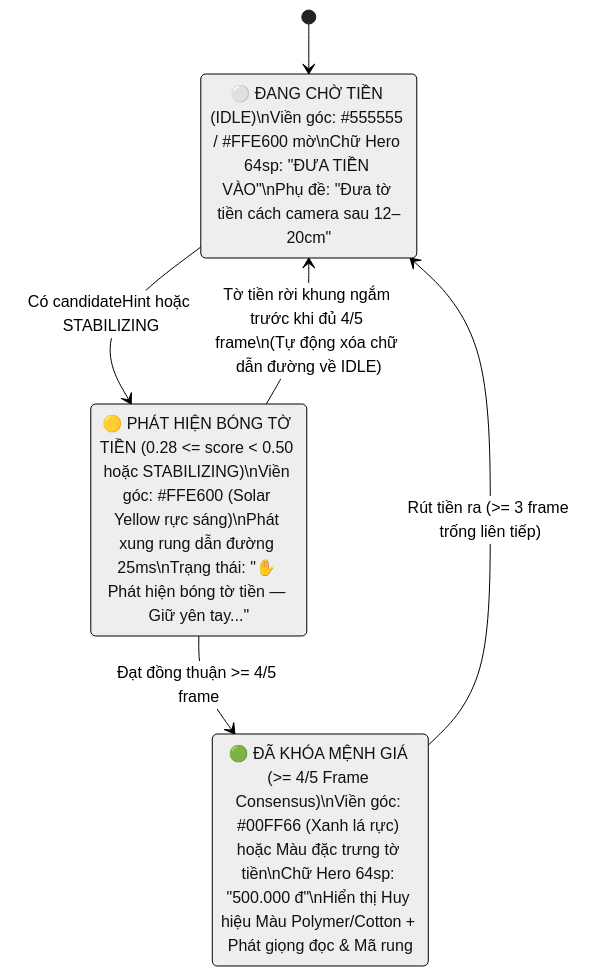
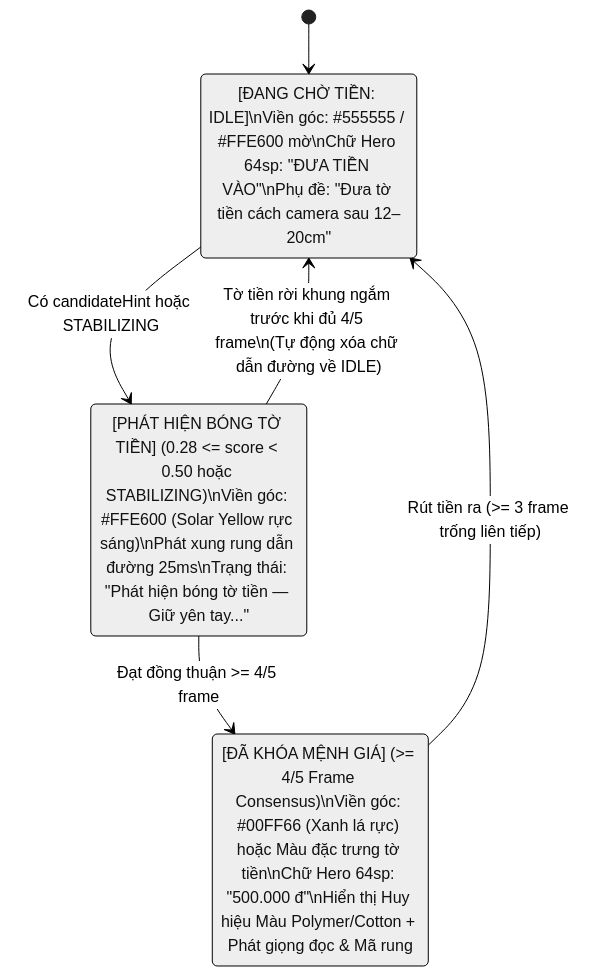
One commit to hezioquan12/vietnamese-money-vision changed the second of 7 diagrams in docs/BLIND_FIRST_UI_UX_SPECIFICATION.md. Above: the diagram before and after it, drawn with Mermaid (neutral theme). The commit also changed other lines of this file and 4 other files, not shown here.

Commit message:
docs: standardize technical specifications, remove sprint tickets and de-slop diagrams

````diff
--- a/docs/BLIND_FIRST_UI_UX_SPECIFICATION.md
+++ b/docs/BLIND_FIRST_UI_UX_SPECIFICATION.md
@@ -58,12 +58,12 @@
 ```mermaid
 stateDiagram-v2
     [*] --> IDLE_SEARCH
-    IDLE_SEARCH: ⚪ ĐANG CHỜ TIỀN (IDLE)\nViền góc: #555555 / #FFE600 mờ\nChữ Hero 64sp: "ĐƯA TIỀN VÀO"\nPhụ đề: "Đưa tờ tiền cách camera sau 12–20cm"
-    CANDIDATE_HINT: 🟡 PHÁT HIỆN BÓNG TỜ TIỀN (0.28 <= score < 0.50 hoặc STABILIZING)\nViền góc: #FFE600 (Solar Yellow rực sáng)\nPhát xung rung dẫn đường 25ms\nTrạng thái: "✋ Phát hiện bóng tờ tiền — Giữ yên tay..."
-    LOCKED_STABLE: 🟢 ĐÃ KHÓA MỆNH GIÁ (>= 4/5 Frame Consensus)\nViền góc: #00FF66 (Xanh lá rực) hoặc Màu đặc trưng tờ tiền\nChữ Hero 64sp: "500.000 đ"\nHiển thị Huy hiệu Màu Polymer/Cotton + Phát giọng đọc & Mã rung
+    IDLE_SEARCH: [ĐANG CHỜ TIỀN: IDLE]\nViền góc: #555555 / #FFE600 mờ\nChữ Hero 64sp: "ĐƯA TIỀN VÀO"\nPhụ đề: "Đưa tờ tiền cách camera sau 12–20cm"
+    CANDIDATE_HINT: [PHÁT HIỆN BÓNG TỜ TIỀN] (0.28 <= score < 0.50 hoặc STABILIZING)\nViền góc: #FFE600 (Solar Yellow rực sáng)\nPhát xung rung dẫn đường 25ms\nTrạng thái: "Phát hiện bóng tờ tiền — Giữ yên tay..."
+    LOCKED_STABLE: [ĐÃ KHÓA MỆNH GIÁ] (>= 4/5 Frame Consensus)\nViền góc: #00FF66 (Xanh lá rực) hoặc Màu đặc trưng tờ tiền\nChữ Hero 64sp: "500.000 đ"\nHiển thị Huy hiệu Màu Polymer/Cotton + Phát giọng đọc & Mã rung
 
     IDLE_SEARCH --> CANDIDATE_HINT: Có candidateHint hoặc STABILIZING
     CANDIDATE_HINT --> IDLE_SEARCH: Tờ tiền rời khung ngắm trước khi đủ 4/5 frame\n(Tự động xóa chữ dẫn đường về IDLE)
     CANDIDATE_HINT --> LOCKED_STABLE: Đạt đồng thuận >= 4/5 frame
     LOCKED_STABLE --> IDLE_SEARCH: Rút tiền ra (>= 3 frame trống liên tiếp)
 ```
````
